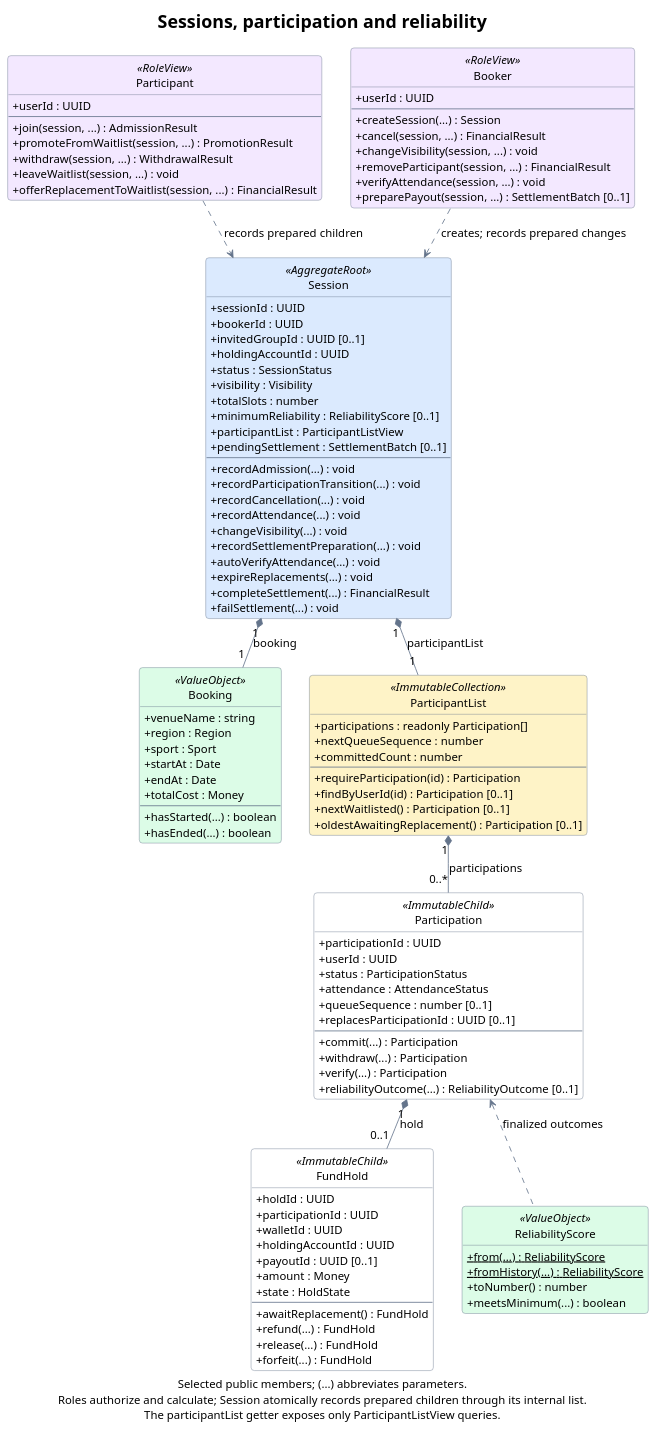
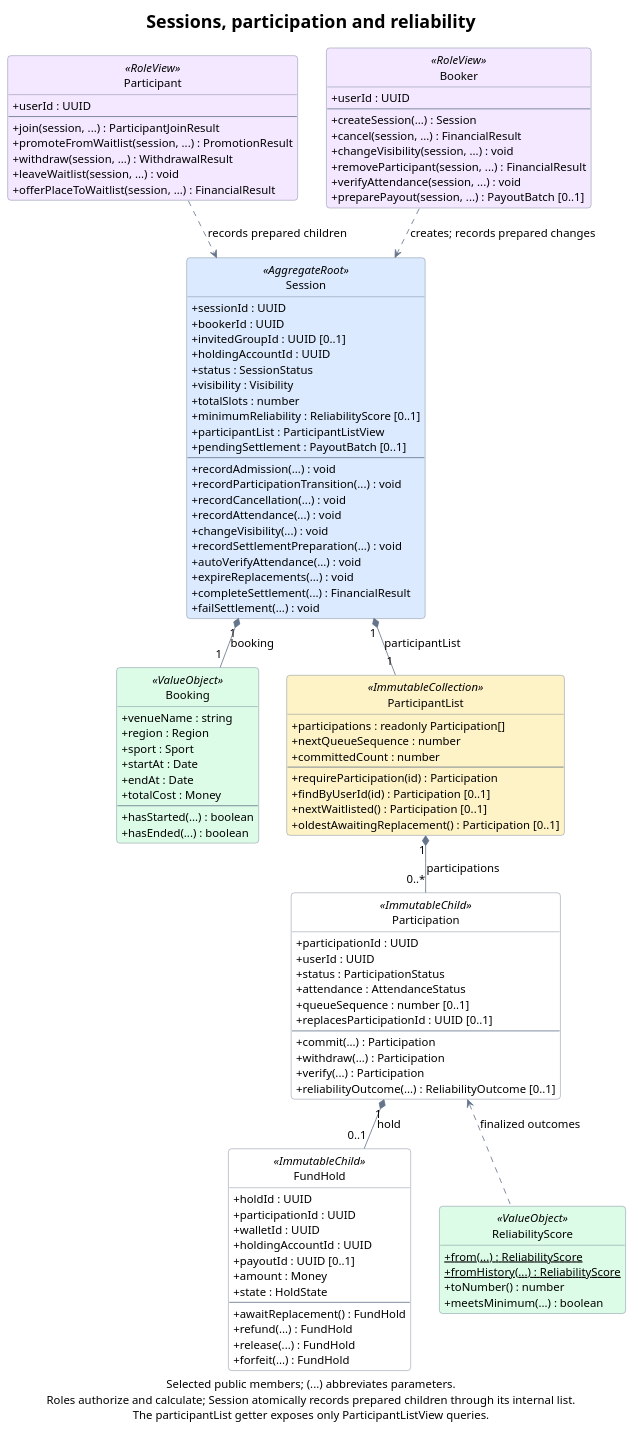
Before and after one commit to rbrishi15/booking-web-manager: the diagram in docs/diagrams/domain-sessions.puml, drawn with PlantUML. The commit also changed 33 other files, not shown here.

```diff
--- a/docs/diagrams/domain-sessions.puml
+++ b/docs/diagrams/domain-sessions.puml
@@ -1,140 +1,140 @@
 @startuml domain-sessions
 title Sessions, participation and reliability
 
 top to bottom direction
 hide empty members
 hide circle
 skinparam backgroundColor #FFFFFF
 skinparam shadowing false
 skinparam roundcorner 8
 skinparam defaultFontName SansSerif
 skinparam defaultFontSize 14
 skinparam titleFontSize 22
 skinparam ArrowColor #64748B
 skinparam classBorderColor #64748B
 skinparam classBackgroundColor #FFFFFF
 skinparam classBackgroundColor<<AggregateRoot>> #DBEAFE
 skinparam classBackgroundColor<<ValueObject>> #DCFCE7
 skinparam classBackgroundColor<<RoleView>> #F3E8FF
 skinparam classBackgroundColor<<ImmutableCollection>> #FEF3C7
 skinparam classAttributeIconSize 0
 skinparam linetype polyline
 skinparam nodesep 35
 skinparam ranksep 40
 
 class Session <<AggregateRoot>> {
   +sessionId : UUID
   +bookerId : UUID
   +invitedGroupId : UUID [0..1]
   +holdingAccountId : UUID
   +status : SessionStatus
   +visibility : Visibility
   +totalSlots : number
   +minimumReliability : ReliabilityScore [0..1]
   +participantList : ParticipantListView
-  +pendingSettlement : SettlementBatch [0..1]
+  +pendingSettlement : PayoutBatch [0..1]
   --
   +recordAdmission(...) : void
   +recordParticipationTransition(...) : void
   +recordCancellation(...) : void
   +recordAttendance(...) : void
   +changeVisibility(...) : void
   +recordSettlementPreparation(...) : void
   +autoVerifyAttendance(...) : void
   +expireReplacements(...) : void
   +completeSettlement(...) : FinancialResult
   +failSettlement(...) : void
 }
 
 class Participant <<RoleView>> {
   +userId : UUID
   --
-  +join(session, ...) : AdmissionResult
+  +join(session, ...) : ParticipantJoinResult
   +promoteFromWaitlist(session, ...) : PromotionResult
   +withdraw(session, ...) : WithdrawalResult
   +leaveWaitlist(session, ...) : void
-  +offerReplacementToWaitlist(session, ...) : FinancialResult
+  +offerPlaceToWaitlist(session, ...) : FinancialResult
 }
 
 class Booker <<RoleView>> {
   +userId : UUID
   --
   +createSession(...) : Session
   +cancel(session, ...) : FinancialResult
   +changeVisibility(session, ...) : void
   +removeParticipant(session, ...) : FinancialResult
   +verifyAttendance(session, ...) : void
-  +preparePayout(session, ...) : SettlementBatch [0..1]
+  +preparePayout(session, ...) : PayoutBatch [0..1]
 }
 
 class Booking <<ValueObject>> {
   +venueName : string
   +region : Region
   +sport : Sport
   +startAt : Date
   +endAt : Date
   +totalCost : Money
   --
   +hasStarted(...) : boolean
   +hasEnded(...) : boolean
 }
 
 class ParticipantList <<ImmutableCollection>> {
   +participations : readonly Participation[]
   +nextQueueSequence : number
   +committedCount : number
   --
   +requireParticipation(id) : Participation
   +findByUserId(id) : Participation [0..1]
   +nextWaitlisted() : Participation [0..1]
   +oldestAwaitingReplacement() : Participation [0..1]
 }
 
 class Participation <<ImmutableChild>> {
   +participationId : UUID
   +userId : UUID
   +status : ParticipationStatus
   +attendance : AttendanceStatus
   +queueSequence : number [0..1]
   +replacesParticipationId : UUID [0..1]
   --
   +commit(...) : Participation
   +withdraw(...) : Participation
   +verify(...) : Participation
   +reliabilityOutcome(...) : ReliabilityOutcome [0..1]
 }
 
 class FundHold <<ImmutableChild>> {
   +holdId : UUID
   +participationId : UUID
   +walletId : UUID
   +holdingAccountId : UUID
   +payoutId : UUID [0..1]
   +amount : Money
   +state : HoldState
   --
   +awaitReplacement() : FundHold
   +refund(...) : FundHold
   +release(...) : FundHold
   +forfeit(...) : FundHold
 }
 
 class ReliabilityScore <<ValueObject>> {
   {static} +from(...) : ReliabilityScore
   {static} +fromHistory(...) : ReliabilityScore
   +toNumber() : number
   +meetsMinimum(...) : boolean
 }
 
 Session "1" *-down- "1" Booking : booking
 Participant .down.> Session : records prepared children
 Booker .down.> Session : creates; records prepared changes
 Session "1" *-down- "1" ParticipantList : participantList
 ParticipantList "1" *-down- "0..*" Participation : participations
 Participation "1" *-down- "0..1" FundHold : hold
 ReliabilityScore .up.> Participation : finalized outcomes
 Booking -[hidden]right- ParticipantList
 FundHold -[hidden]right- ReliabilityScore
 
 caption Selected public members; (...) abbreviates parameters.\nRoles authorize and calculate; Session atomically records prepared children through its internal list.\nThe participantList getter exposes only ParticipantListView queries.
 @enduml
```
